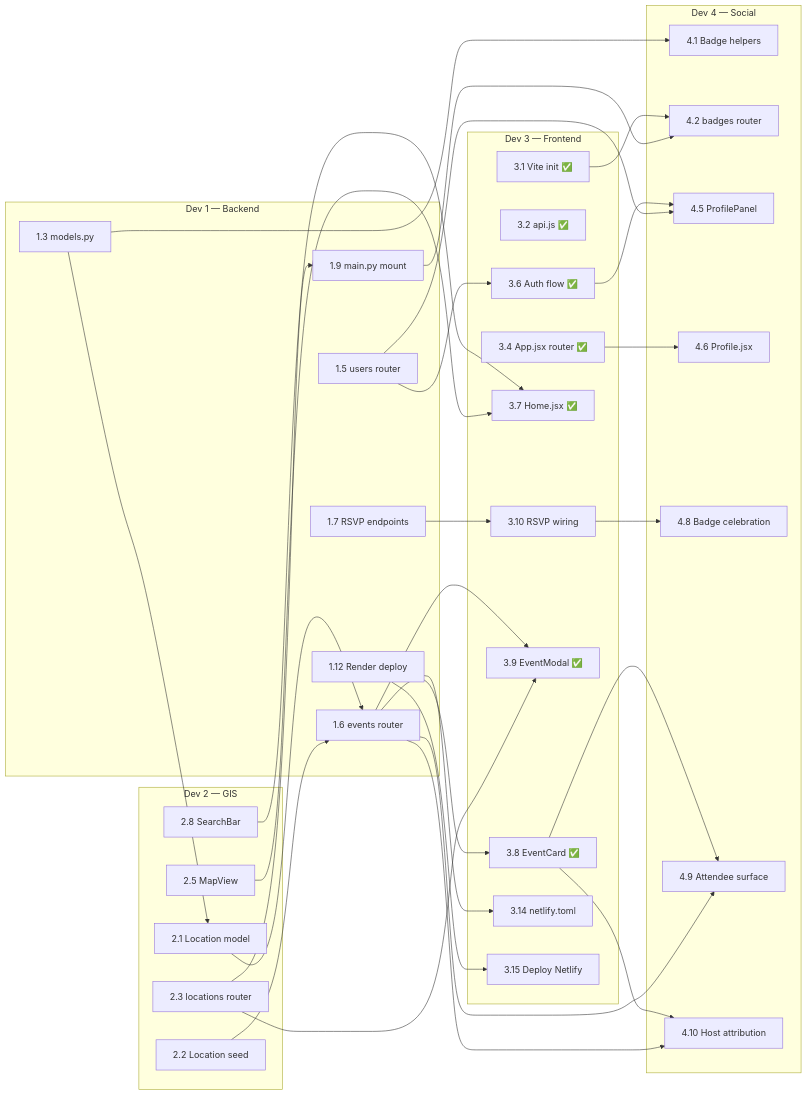
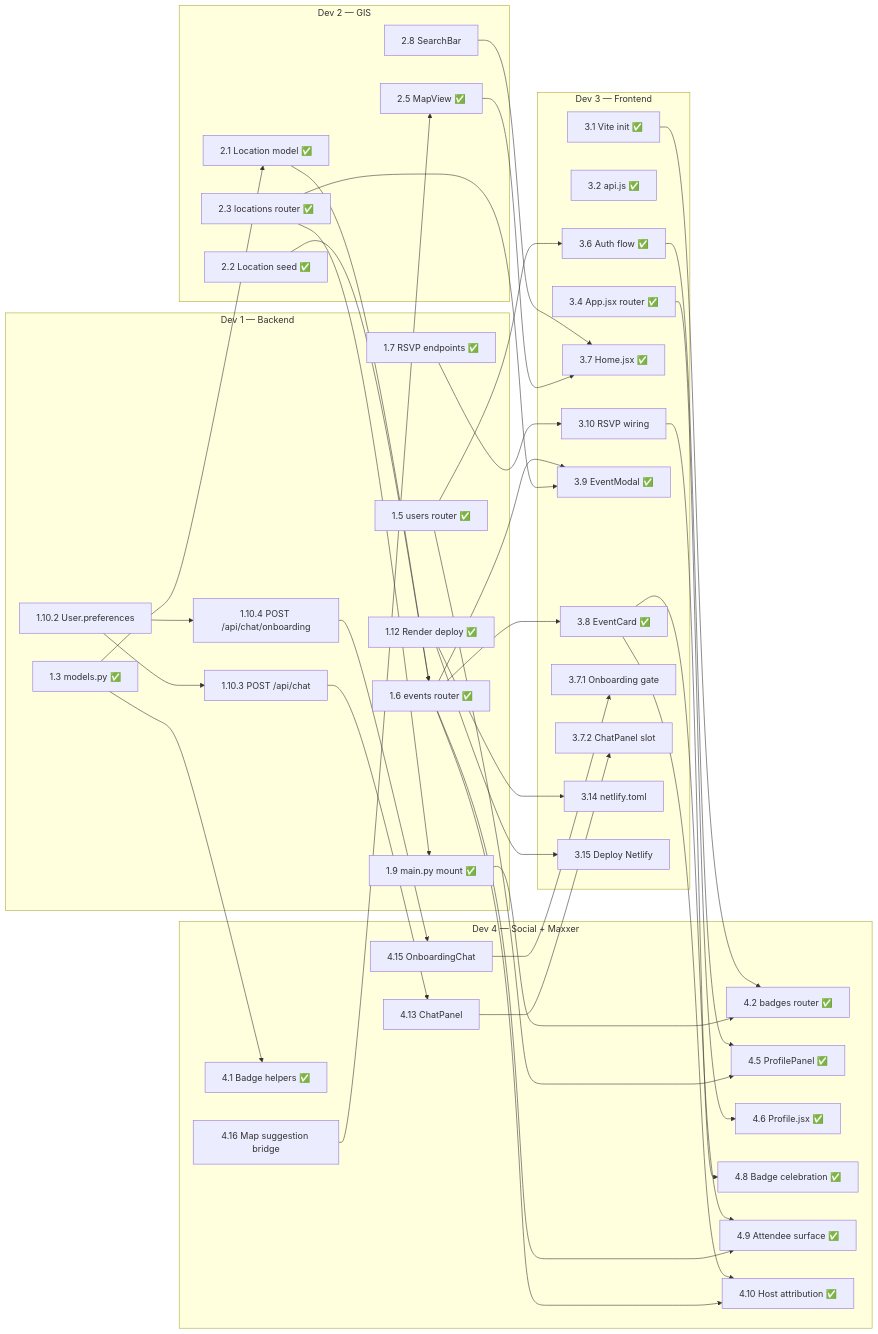
The diagram in docs/dependencies.md (matthewpaolosbilo/claude-impact-lab-melbourne-team-5), drawn with Mermaid before and after one commit. The commit also changed other lines of this file and 4 other files, not shown here.

First line of the commit message:
chore(docs): fix STATE.md and dependency-map drift against origin/main

````diff
--- a/docs/dependencies.md
+++ b/docs/dependencies.md
@@ -21,19 +21,22 @@
 ```mermaid
 graph LR
     subgraph Dev1 [Dev 1 — Backend]
-        D1_3[1.3 models.py]
-        D1_5[1.5 users router]
-        D1_6[1.6 events router]
-        D1_7[1.7 RSVP endpoints]
-        D1_9[1.9 main.py mount]
-        D1_12[1.12 Render deploy]
+        D1_3[1.3 models.py ✅]
+        D1_5[1.5 users router ✅]
+        D1_6[1.6 events router ✅]
+        D1_7[1.7 RSVP endpoints ✅]
+        D1_9[1.9 main.py mount ✅]
+        D1_12[1.12 Render deploy ✅]
+        D1_10_2[1.10.2 User.preferences]
+        D1_10_3[1.10.3 POST /api/chat]
+        D1_10_4[1.10.4 POST /api/chat/onboarding]
     end
 
     subgraph Dev2 [Dev 2 — GIS]
-        D2_1[2.1 Location model]
-        D2_2[2.2 Location seed]
-        D2_3[2.3 locations router]
-        D2_5[2.5 MapView]
+        D2_1[2.1 Location model ✅]
+        D2_2[2.2 Location seed ✅]
+        D2_3[2.3 locations router ✅]
+        D2_5[2.5 MapView ✅]
         D2_8[2.8 SearchBar]
     end
 
@@ -46,19 +49,23 @@
         D3_8[3.8 EventCard ✅]
         D3_9[3.9 EventModal ✅]
         D3_10[3.10 RSVP wiring]
+        D3_7_1[3.7.1 Onboarding gate]
+        D3_7_2[3.7.2 ChatPanel slot]
         D3_14[3.14 netlify.toml]
         D3_15[3.15 Deploy Netlify]
     end
 
-    subgraph Dev4 [Dev 4 — Social]
-        D4_1[4.1 Badge helpers]
-        D4_2[4.2 badges router]
-        D4_5[4.5 ProfilePanel]
-        D4_6[4.6 Profile.jsx]
-        D4_8[4.8 Badge celebration]
-        D4_9[4.9 Attendee surface]
-        D4_10[4.10 Host attribution]
-
+    subgraph Dev4 [Dev 4 — Social + Maxxer]
+        D4_1[4.1 Badge helpers ✅]
+        D4_2[4.2 badges router ✅]
+        D4_5[4.5 ProfilePanel ✅]
+        D4_6[4.6 Profile.jsx ✅]
+        D4_8[4.8 Badge celebration ✅]
+        D4_9[4.9 Attendee surface ✅]
+        D4_10[4.10 Host attribution ✅]
+        D4_13[4.13 ChatPanel]
+        D4_15[4.15 OnboardingChat]
+        D4_16[4.16 Map suggestion bridge]
     end
 
     D1_3 --> D2_1
@@ -89,4 +96,12 @@
     D3_8 --> D4_9
     D3_8 --> D4_10
     D3_10 --> D4_8
+
+    D1_10_3 --> D4_13
+    D1_10_4 --> D4_15
+    D1_10_2 --> D1_10_3
+    D1_10_2 --> D1_10_4
+    D4_13 --> D3_7_2
+    D4_15 --> D3_7_1
+    D4_16 --> D2_5
 ```
````
